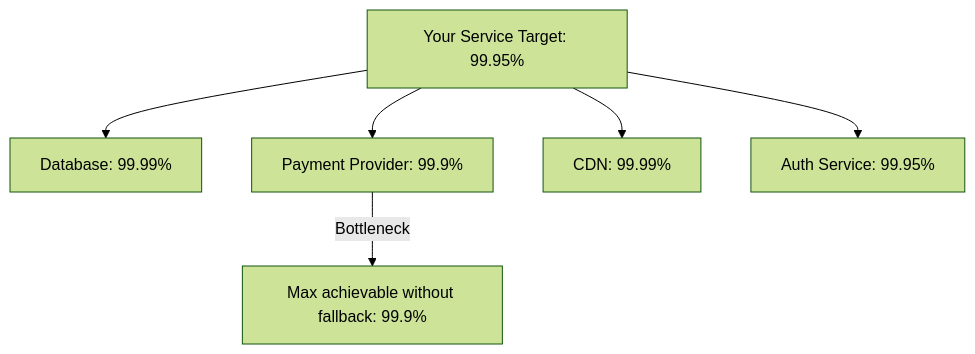
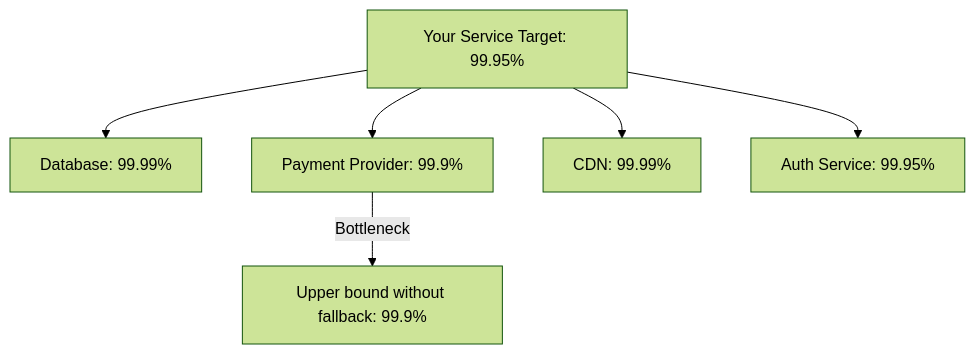
One commit to OneUptime/blog changed the third of 5 diagrams in posts/2026-01-30-availability-targets/README.md. Above: the diagram before and after it, drawn with Mermaid (forest theme). The commit also changed other lines of this file and 2 other files, not shown here.

Commit message:
validate: 2026-01-30-availability-targets

````diff
--- a/posts/2026-01-30-availability-targets/README.md
+++ b/posts/2026-01-30-availability-targets/README.md
@@ -132,9 +132,9 @@
 ```mermaid
 flowchart TD
     A[Your Service Target: 99.95%] --> B[Database: 99.99%]
     A --> C[Payment Provider: 99.9%]
     A --> D[CDN: 99.99%]
     A --> E[Auth Service: 99.95%]
 
-    C -->|Bottleneck| F[Max achievable without fallback: 99.9%]
+    C -->|Bottleneck| F[Upper bound without fallback: 99.9%]
 ```
````
